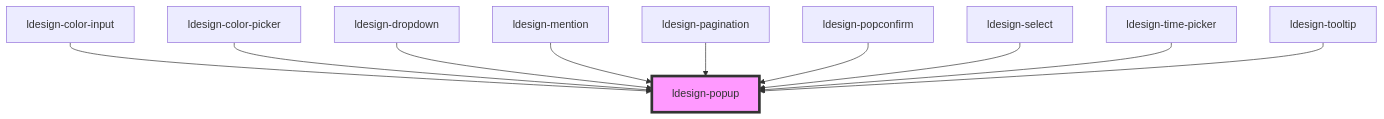
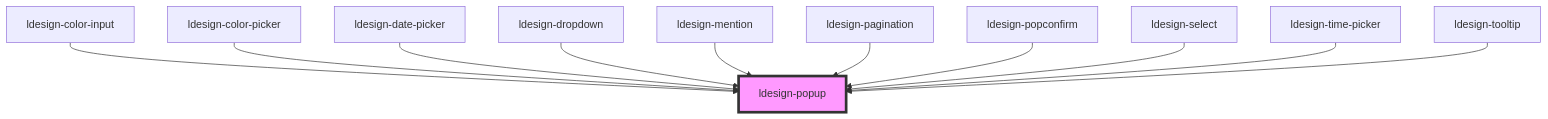
Before and after one commit to poly1603/ldesign: the diagram in packages/webcomponent/src/components/popup/readme.md, drawn with Mermaid. The commit also changed other lines of this file and 26 other files, not shown here.

````diff
--- a/packages/webcomponent/src/components/popup/readme.md
+++ b/packages/webcomponent/src/components/popup/readme.md
@@ -108,13 +109,14 @@
 ```mermaid
 graph TD;
   ldesign-color-input --> ldesign-popup
   ldesign-color-picker --> ldesign-popup
+  ldesign-date-picker --> ldesign-popup
   ldesign-dropdown --> ldesign-popup
   ldesign-mention --> ldesign-popup
   ldesign-pagination --> ldesign-popup
   ldesign-popconfirm --> ldesign-popup
   ldesign-select --> ldesign-popup
   ldesign-time-picker --> ldesign-popup
   ldesign-tooltip --> ldesign-popup
   style ldesign-popup fill:#f9f,stroke:#333,stroke-width:4px
 ```
````
